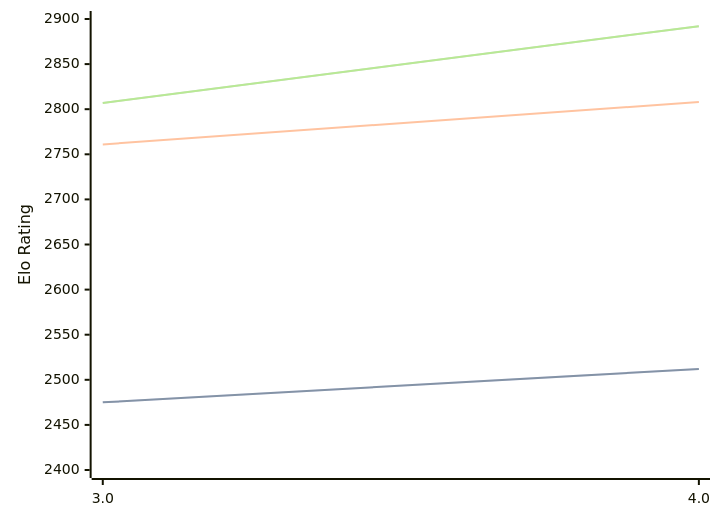
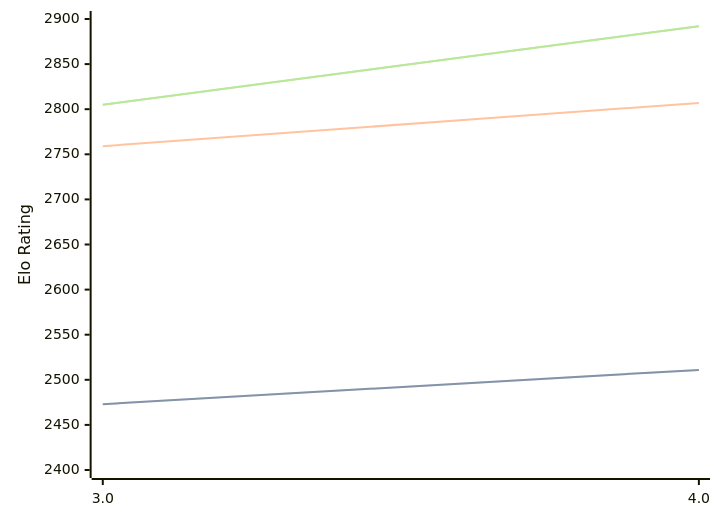
Before and after one commit to computer-chess-index/cci: the diagram in engines/Chess3.md, drawn with Mermaid. The commit also changed other lines of this file, not shown here.

Commit message:
Update CCI Ratings (ELO VLTC) - 2026-10-01

````diff
--- a/engines/Chess3.md
+++ b/engines/Chess3.md
@@ -32,11 +32,11 @@
 ```mermaid
 %%{init: {"theme":"base","themeVariables":{"seriesColors:['#a3a3a3','#222221','#faa371']}}}%%
 xychart-beta
   x-axis ["3.0", "4.0"]
   y-axis "Elo Rating" 2400 --> 2900
-  line "" [2475, 2512]
-  line "STC (8.0+0.08s)" [2475, 2512]
-  line "LTC (60.0+0.60s)" [2761, 2808]
-  line "" [2807, 2892]
-  line "VLTC (2m24s+1.12s)" [2807, 2892]
+  line "" [2473, 2511]
+  line "STC (8.0+0.08s)" [2473, 2511]
+  line "LTC (60.0+0.60s)" [2759, 2807]
+  line "" [2805, 2892]
+  line "VLTC (2m24s+1.12s)" [2805, 2892]
 ```
````
